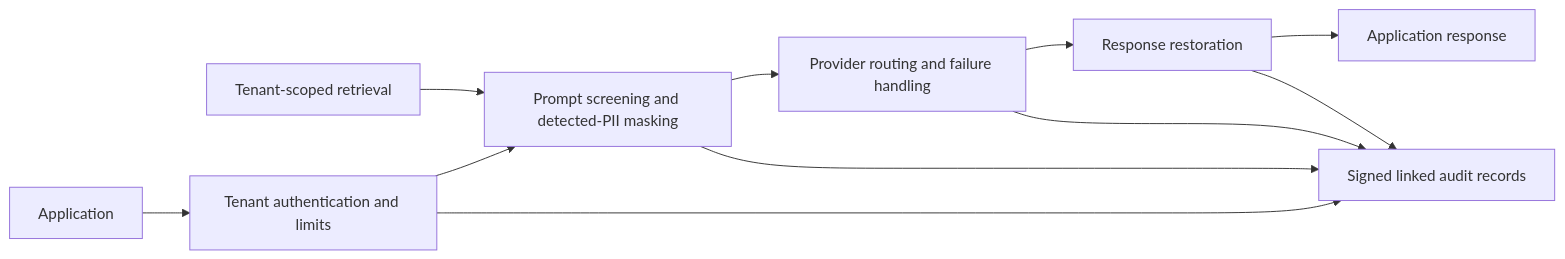
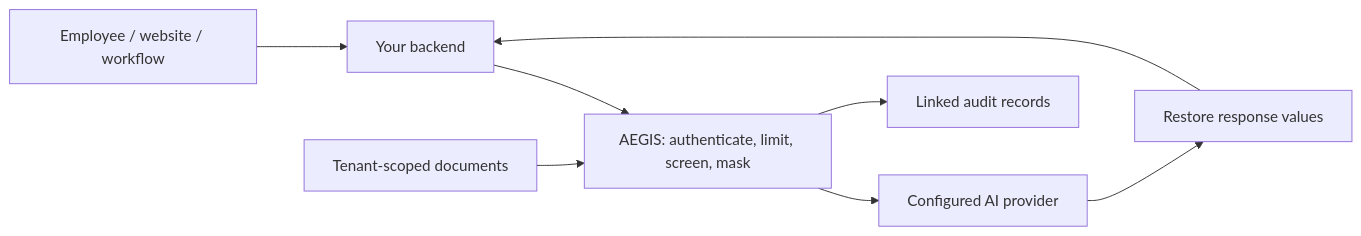
The diagram in README.md (dgexplores/aegis-gateway), drawn with Mermaid before and after one commit. The commit also changed other lines of this file and 17 other files, not shown here.

````diff
--- a/README.md
+++ b/README.md
@@ -87,13 +30,10 @@
 ```mermaid
 flowchart LR
-    A[Application] --> B[Tenant authentication and limits]
-    B --> C[Prompt screening and detected-PII masking]
-    C --> D[Provider routing and failure handling]
-    D --> E[Response restoration]
-    E --> F[Application response]
-    B --> G[Signed linked audit records]
-    C --> G
-    D --> G
-    E --> G
-    H[Tenant-scoped retrieval] --> C
+    U[Employee / website / workflow] --> B[Your backend]
+    B --> G[AEGIS: authenticate, limit, screen, mask]
+    D[Tenant-scoped documents] --> G
+    G --> P[Configured AI provider]
+    P --> R[Restore response values]
+    R --> B
+    G --> A[Linked audit records]
 ```
````
